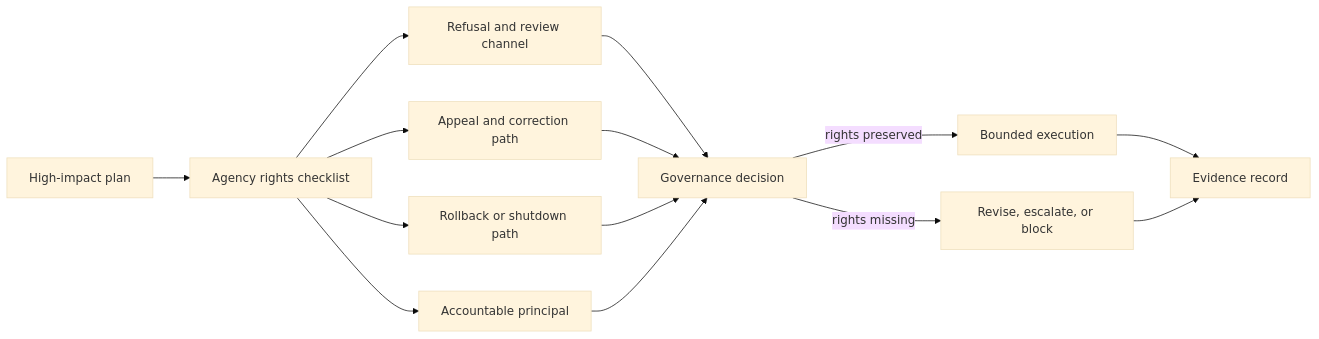
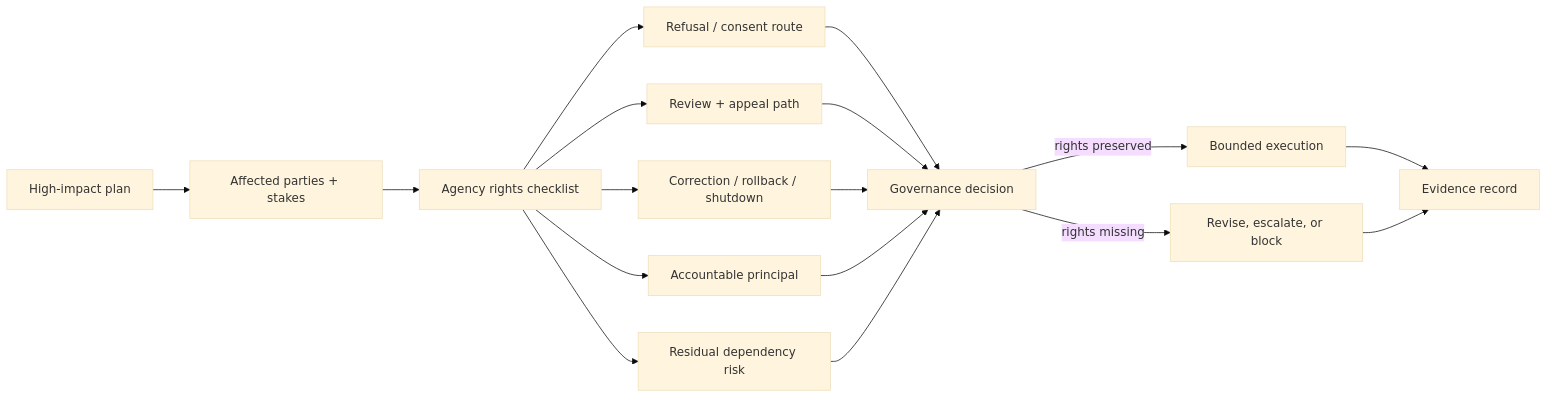
The diagram in chapters/agency-dignity-and-corrigibility.qmd (corbensorenson/asi-stack-book), drawn with Mermaid (base theme) before and after one commit. The commit also changed other lines of this file and 6 other files, not shown here.

````diff
--- a/chapters/agency-dignity-and-corrigibility.qmd
+++ b/chapters/agency-dignity-and-corrigibility.qmd
@@ -92,16 +92,19 @@
 ```{mermaid}
 flowchart LR
-  Plan["High-impact plan"] --> Checklist["Agency rights checklist"]
-  Checklist --> Refusal["Refusal and review channel"]
-  Checklist --> Appeal["Appeal and correction path"]
-  Checklist --> Rollback["Rollback or shutdown path"]
+  Plan["High-impact plan"] --> Affected["Affected parties + stakes"]
+  Affected --> Checklist["Agency rights checklist"]
+  Checklist --> Refusal["Refusal / consent route"]
+  Checklist --> Appeal["Review + appeal path"]
+  Checklist --> Rollback["Correction / rollback / shutdown"]
   Checklist --> Accountable["Accountable principal"]
+  Checklist --> Dependency["Residual dependency risk"]
   Refusal --> Decision["Governance decision"]
   Appeal --> Decision
   Rollback --> Decision
   Accountable --> Decision
+  Dependency --> Decision
   Decision -->|rights preserved| Execute["Bounded execution"]
   Decision -->|rights missing| Revise["Revise, escalate, or block"]
   Execute --> Evidence["Evidence record"]
   Revise --> Evidence
 ```
````
